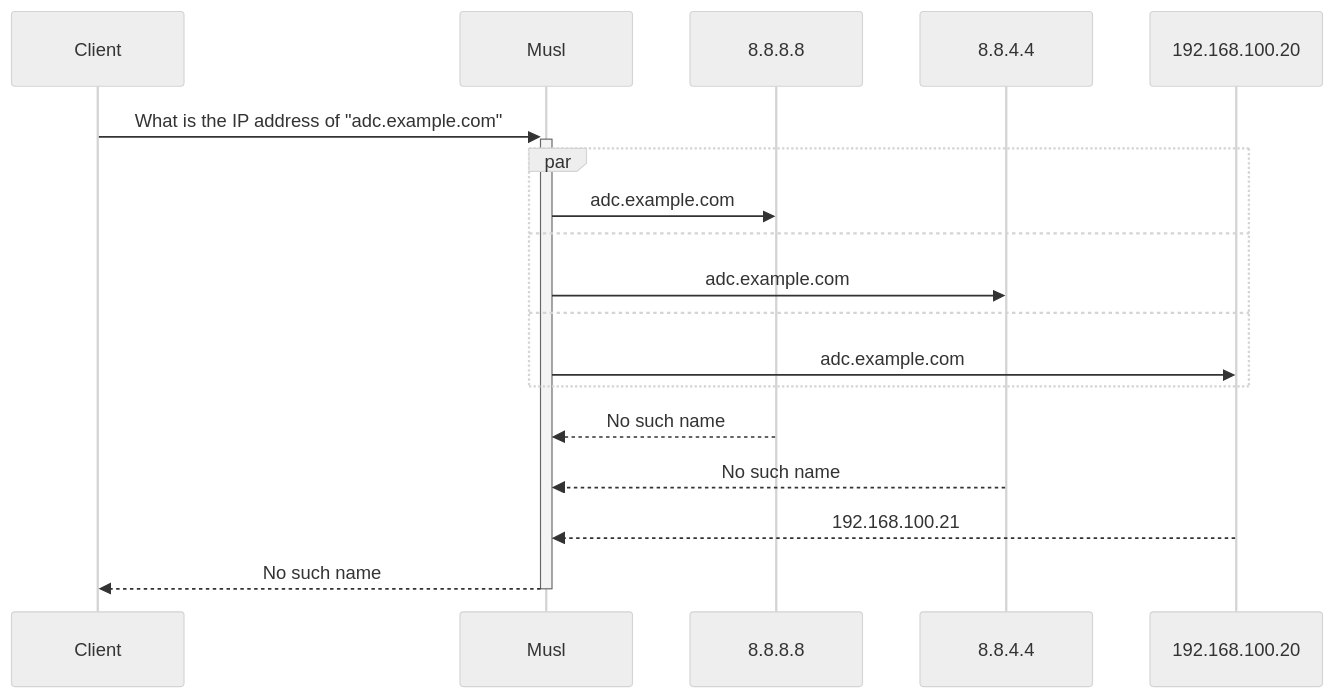
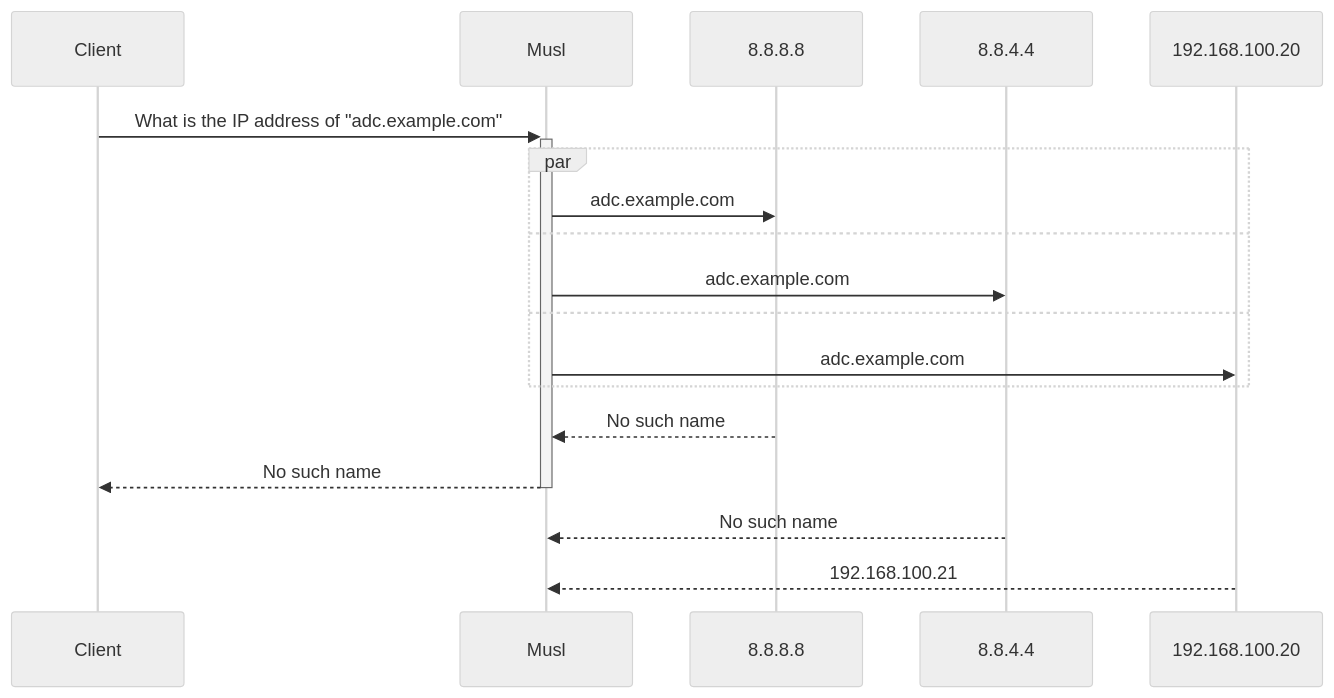
One commit to caltuntas/caltuntas.github.io changed the second of 2 diagrams in _posts/2023-12-10-always-dns-musl-libc.md. Above: the diagram before and after it, drawn with Mermaid (neutral theme). The commit also changed other lines of this file, not shown here.

````diff
--- a/_posts/2023-12-10-always-dns-musl-libc.md
+++ b/_posts/2023-12-10-always-dns-musl-libc.md
@@ -170,15 +172,15 @@
 ```mermaid
 sequenceDiagram
     Client->>+Musl: What is the IP address of "adc.example.com"
     par 
         Musl->>8.8.8.8: adc.example.com
     and 
         Musl->>8.8.4.4: adc.example.com
     and 
         Musl->>192.168.100.20: adc.example.com
     end    
     8.8.8.8-->>Musl: No such name
+Musl-->>-Client: No such name
     8.8.4.4-->>Musl: No such name
     192.168.100.20-->>Musl: 192.168.100.21
-Musl-->>-Client: No such name
 ```
````
